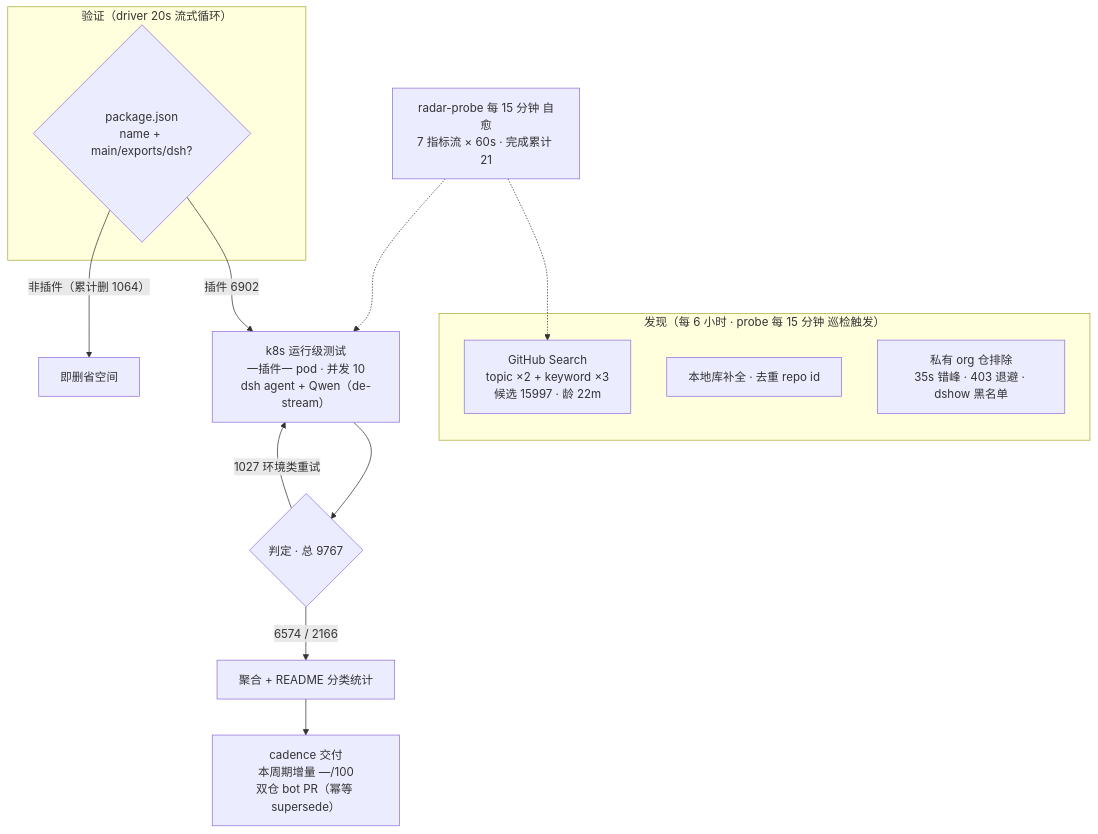
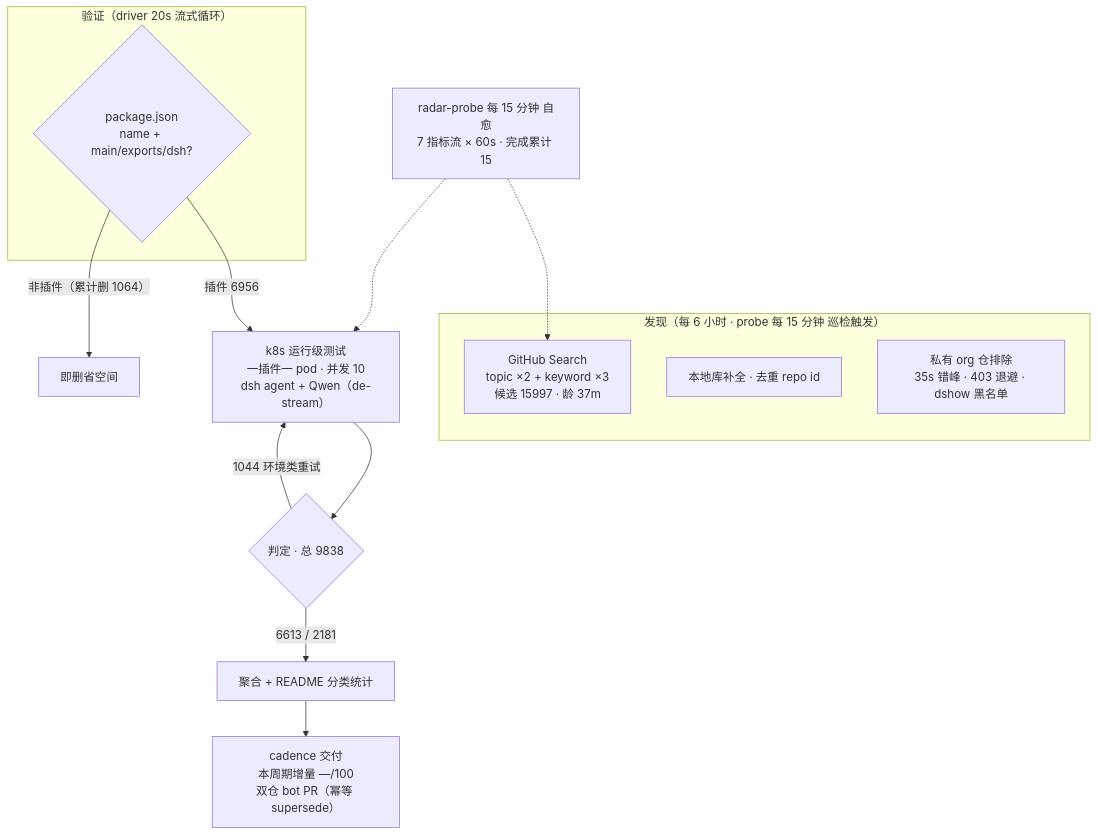
One commit to Zhidao-Lab-OSS/awesome-dsh-plugins changed the diagram in README.md. Above: the diagram before and after it, drawn with Mermaid. The commit also changed other lines of this file and 1 other file, not shown here.

````diff
--- a/README.md
+++ b/README.md
@@ -37,20 +37,20 @@
 ```mermaid
 flowchart TB
     subgraph Discovery["发现（每 6 小时 · probe 每 15 分钟 巡检触发）"]
-        A1["GitHub Search<br/>topic ×2 + keyword ×3<br/>候选 15997 · 龄 22m"]
+        A1["GitHub Search<br/>topic ×2 + keyword ×3<br/>候选 15997 · 龄 37m"]
         A2["本地库补全 · 去重 repo id"]
         A3["私有 org 仓排除<br/>35s 错峰 · 403 退避 · dshow 黑名单"]
     end
     subgraph Validation["验证（driver 20s 流式循环）"]
         B1{"package.json<br/>name + main/exports/dsh?"}
     end
-    B1 -->|"插件 6902"| C1["k8s 运行级测试<br/>一插件一 pod · 并发 10<br/>dsh agent + Qwen（de-stream）"]
+    B1 -->|"插件 6956"| C1["k8s 运行级测试<br/>一插件一 pod · 并发 10<br/>dsh agent + Qwen（de-stream）"]
     B1 -->|"非插件（累计删 1064）"| B3["即删省空间"]
-    C1 --> D1{"判定 · 总 9767"}
-    D1 -->|"6574 / 2166"| E1["聚合 + README 分类统计"]
-    D1 -->|"1027 环境类重试"| C1
+    C1 --> D1{"判定 · 总 9838"}
+    D1 -->|"6613 / 2181"| E1["聚合 + README 分类统计"]
+    D1 -->|"1044 环境类重试"| C1
     E1 --> E2["cadence 交付<br/>本周期增量 —/100<br/>双仓 bot PR（幂等 supersede）"]
-    M["radar-probe 每 15 分钟 自愈<br/>7 指标流 × 60s · 完成累计 21"]
+    M["radar-probe 每 15 分钟 自愈<br/>7 指标流 × 60s · 完成累计 15"]
     M -.-> A1
     M -.-> C1
 ```
````
